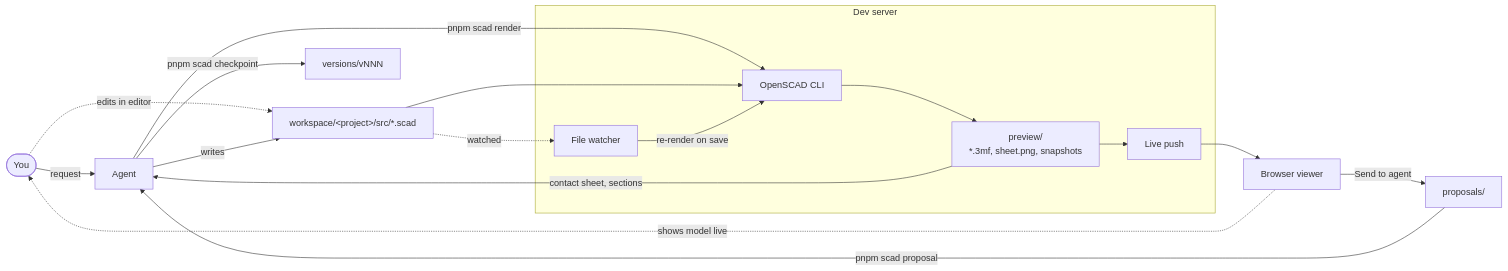
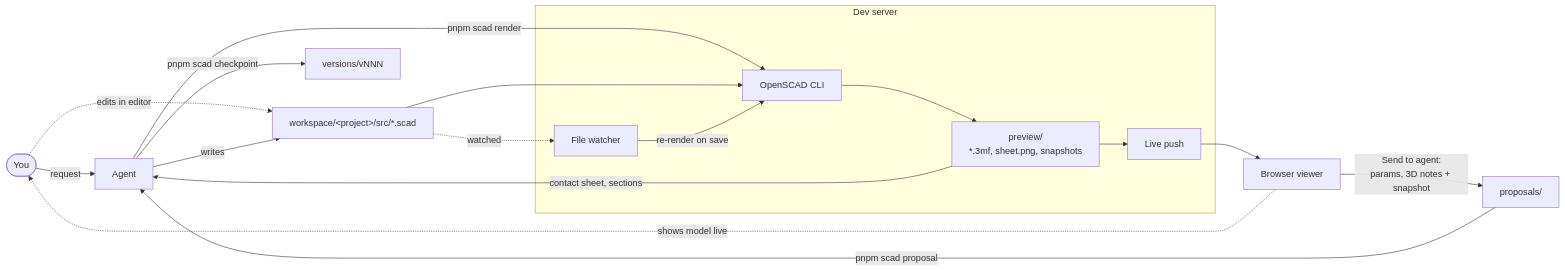
The diagram in README.md (KennethWussmann/openscad-agentic-workspace), drawn with Mermaid before and after one commit. The commit also changed other lines of this file and 34 other files, not shown here.

Commit message:
Add 3D annotations sent from the viewer to the agent

````diff
--- a/README.md
+++ b/README.md
@@ -29,22 +29,22 @@
 ```mermaid
 flowchart LR
     you([You]) -->|request| agent[Agent]
     you -.->|edits in editor| src
     agent -->|writes| src["workspace/#lt;project#gt;/src/*.scad"]
     agent -->|pnpm scad render| cli[OpenSCAD CLI]
     src --> cli
     cli --> preview["preview/<br/>*.3mf, sheet.png, snapshots"]
     preview -->|contact sheet, sections| agent
     agent -->|pnpm scad checkpoint| versions["versions/vNNN"]
 
     subgraph dev [Dev server]
         watcher[File watcher] -->|re-render on save| cli
         preview --> push[Live push]
     end
 
     src -.->|watched| watcher
     push --> viewer[Browser viewer]
-    viewer -->|Send to agent| proposals["proposals/"]
+    viewer -->|Send to agent:<br/>params, 3D notes + snapshot| proposals["proposals/"]
     proposals -->|pnpm scad proposal| agent
     viewer -.->|shows model live| you
 ```
````
